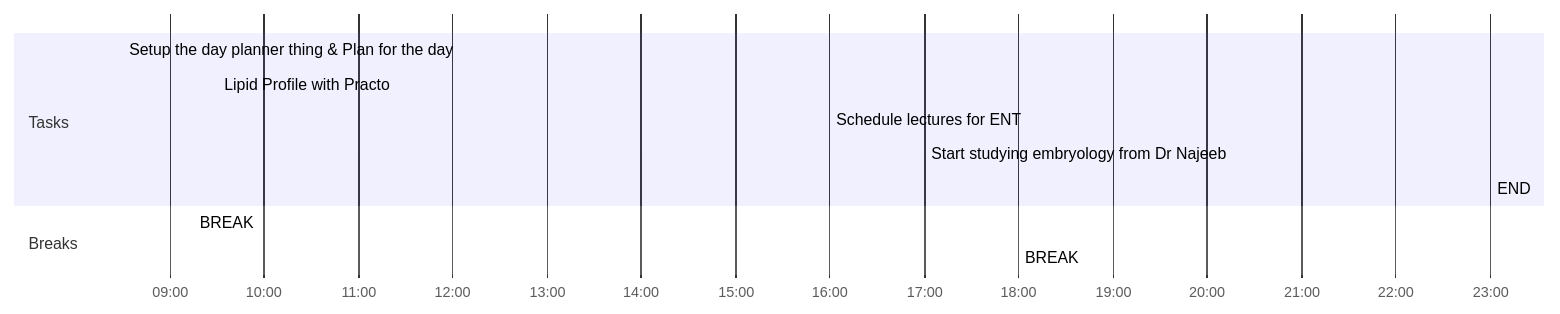
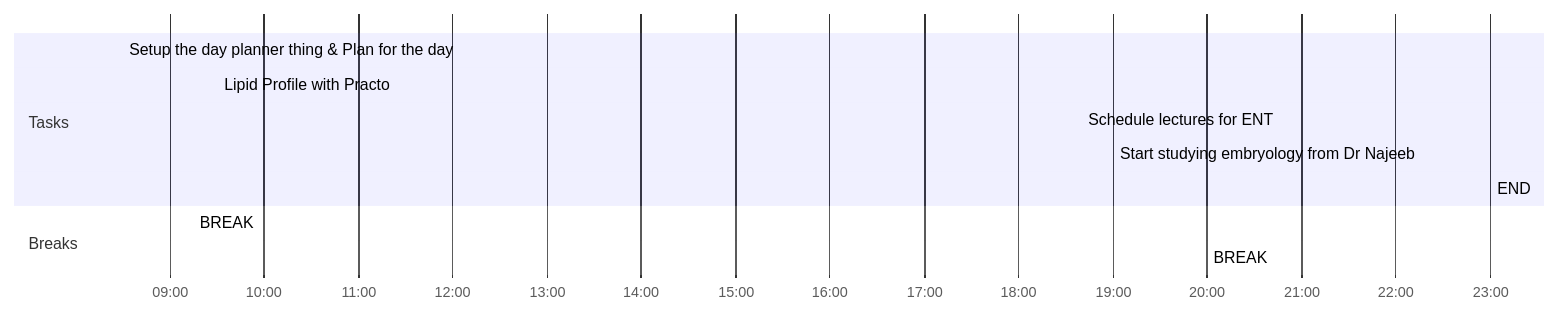
One commit to nihitkhandelwal-eng/The_Brainforest changed the diagram in 🌱 Journal/2022/Quarter 2/04-April/28-Apr-22.md. Above: the diagram before and after it, drawn with Mermaid. The commit also changed other lines of this file, not shown here.

````diff
--- a/🌱 Journal/2022/Quarter 2/04-April/28-Apr-22.md
+++ b/🌱 Journal/2022/Quarter 2/04-April/28-Apr-22.md
@@ -46,15 +45,15 @@
 ```mermaid
 gantt
     dateFormat  HH-mm
     axisFormat %H:%M
-    %% Current Time: 6:21:03 PM
+    %% Current Time: 6:52:03 PM
     section Tasks
     Setup the day planner thing & Plan for the day     :08-30, 60mm
     Lipid Profile with Practo     :09-30, -15mm
-    Schedule lectures for ENT     :16-00, 60mm
-    Start studying embryology from Dr Najeeb     :17-00, 60mm
+    Schedule lectures for ENT     :18-40, 20mm
+    Start studying embryology from Dr Najeeb     :19-00, 60mm
     END     :23-00, 0mm
     section Breaks
-    BREAK     :09-15, 405mm
-    BREAK     :18-00, 300mm
+    BREAK     :09-15, 565mm
+    BREAK     :20-00, 180mm
 ```
````
